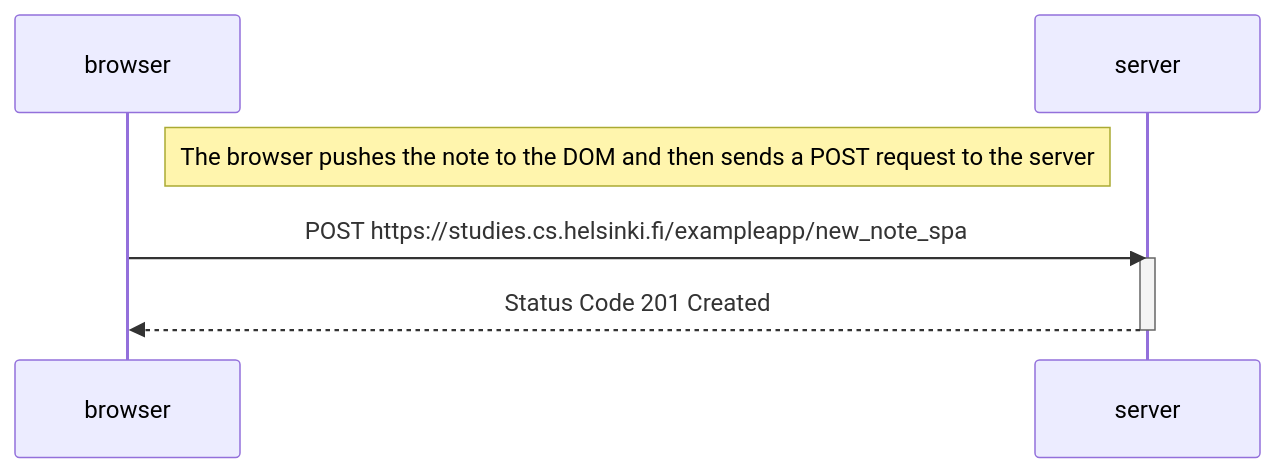
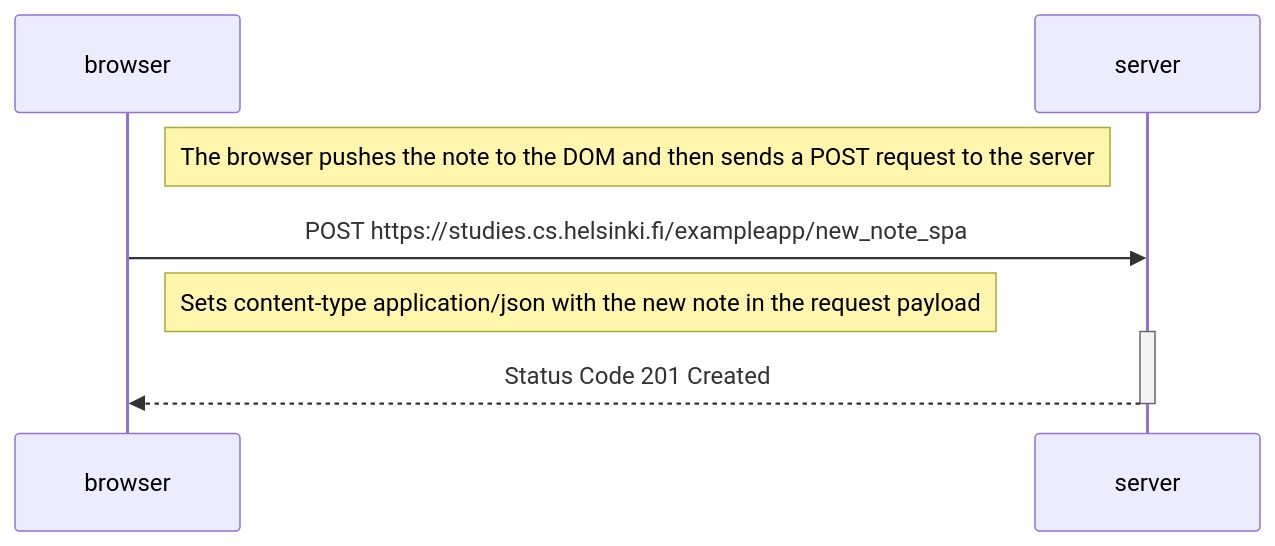
The diagram in part0/0_6_spa_create_notes.md (ctjnkns/fullstackopen), drawn with Mermaid before and after one commit.

Commit message:
add comment for spa

````diff
--- a/part0/0_6_spa_create_notes.md
+++ b/part0/0_6_spa_create_notes.md
@@ -1,13 +1,14 @@
 ```mermaid
 sequenceDiagram
     participant browser
     participant server
 
     Note right of browser: The browser pushes the note to the DOM and then sends a POST request to the server
 
     browser->>server: POST https://studies.cs.helsinki.fi/exampleapp/new_note_spa
+    Note right of browser: Sets content-type application/json with the new note in the request payload 
 
     activate server
     server-->>browser: Status Code 201 Created
     deactivate server
 ```
````
